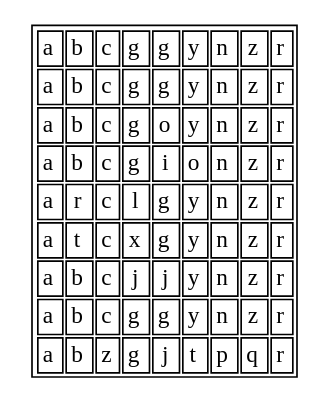
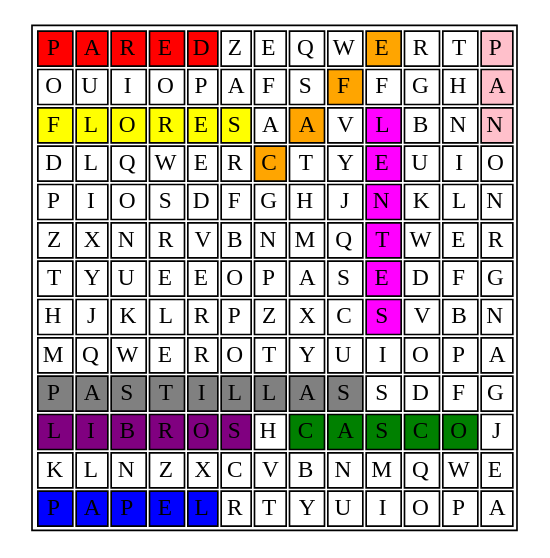
One commit to JColindres/EDD-DIC2018 changed the diagram in [EDD]Practica1_201602713/sopa.dot. Above: the diagram before and after it, drawn with Graphviz. The commit also changed 14 other files, not shown here.

```diff
--- a/[EDD]Practica1_201602713/sopa.dot
+++ b/[EDD]Practica1_201602713/sopa.dot
@@ -1,20 +1,28 @@
 digraph G { table [ shape = plaintext label=<<table>
 <tr>
-<td>a</td><td>b</td><td>c</td><td>g</td><td>g</td><td>y</td><td>n</td><td>z</td><td>r</td></tr>
+<td bgcolor="red">P</td><td bgcolor="red">A</td><td bgcolor="red">R</td><td bgcolor="red">E</td><td bgcolor="red">D</td><td>Z</td><td>E</td><td>Q</td><td>W</td><td bgcolor="orange">E</td><td>R</td><td>T</td><td bgcolor="pink">P</td></tr>
 <tr>
-<td>a</td><td>b</td><td>c</td><td>g</td><td>g</td><td>y</td><td>n</td><td>z</td><td>r</td></tr>
+<td>O</td><td>U</td><td>I</td><td>O</td><td>P</td><td>A</td><td>F</td><td>S</td><td bgcolor="orange">F</td><td>F</td><td>G</td><td>H</td><td bgcolor="pink">A</td></tr>
 <tr>
-<td>a</td><td>b</td><td>c</td><td>g</td><td>o</td><td>y</td><td>n</td><td>z</td><td>r</td></tr>
+<td bgcolor="yellow">F</td><td bgcolor="yellow">L</td><td bgcolor="yellow">O</td><td bgcolor="yellow">R</td><td bgcolor="yellow">E</td><td bgcolor="yellow">S</td><td>A</td><td bgcolor="orange">A</td><td>V</td><td bgcolor="magenta">L</td><td>B</td><td>N</td><td bgcolor="pink">N</td></tr>
 <tr>
-<td>a</td><td>b</td><td>c</td><td>g</td><td>i</td><td>o</td><td>n</td><td>z</td><td>r</td></tr>
+<td>D</td><td>L</td><td>Q</td><td>W</td><td>E</td><td>R</td><td bgcolor="orange">C</td><td>T</td><td>Y</td><td bgcolor="magenta">E</td><td>U</td><td>I</td><td>O</td></tr>
 <tr>
-<td>a</td><td>r</td><td>c</td><td>l</td><td>g</td><td>y</td><td>n</td><td>z</td><td>r</td></tr>
+<td>P</td><td>I</td><td>O</td><td>S</td><td>D</td><td>F</td><td>G</td><td>H</td><td>J</td><td bgcolor="magenta">N</td><td>K</td><td>L</td><td>N</td></tr>
 <tr>
-<td>a</td><td>t</td><td>c</td><td>x</td><td>g</td><td>y</td><td>n</td><td>z</td><td>r</td></tr>
+<td>Z</td><td>X</td><td>N</td><td>R</td><td>V</td><td>B</td><td>N</td><td>M</td><td>Q</td><td bgcolor="magenta">T</td><td>W</td><td>E</td><td>R</td></tr>
 <tr>
-<td>a</td><td>b</td><td>c</td><td>j</td><td>j</td><td>y</td><td>n</td><td>z</td><td>r</td></tr>
+<td>T</td><td>Y</td><td>U</td><td>E</td><td>E</td><td>O</td><td>P</td><td>A</td><td>S</td><td bgcolor="magenta">E</td><td>D</td><td>F</td><td>G</td></tr>
 <tr>
-<td>a</td><td>b</td><td>c</td><td>g</td><td>g</td><td>y</td><td>n</td><td>z</td><td>r</td></tr>
+<td>H</td><td>J</td><td>K</td><td>L</td><td>R</td><td>P</td><td>Z</td><td>X</td><td>C</td><td bgcolor="magenta">S</td><td>V</td><td>B</td><td>N</td></tr>
 <tr>
-<td>a</td><td>b</td><td>z</td><td>g</td><td>j</td><td>t</td><td>p</td><td>q</td><td>r</td></tr>
+<td>M</td><td>Q</td><td>W</td><td>E</td><td>R</td><td>O</td><td>T</td><td>Y</td><td>U</td><td>I</td><td>O</td><td>P</td><td>A</td></tr>
+<tr>
+<td bgcolor="gray">P</td><td bgcolor="gray">A</td><td bgcolor="gray">S</td><td bgcolor="gray">T</td><td bgcolor="gray">I</td><td bgcolor="gray">L</td><td bgcolor="gray">L</td><td bgcolor="gray">A</td><td bgcolor="gray">S</td><td>S</td><td>D</td><td>F</td><td>G</td></tr>
+<tr>
+<td bgcolor="purple">L</td><td bgcolor="purple">I</td><td bgcolor="purple">B</td><td bgcolor="purple">R</td><td bgcolor="purple">O</td><td bgcolor="purple">S</td><td>H</td><td bgcolor="green">C</td><td bgcolor="green">A</td><td bgcolor="green">S</td><td bgcolor="green">C</td><td bgcolor="green">O</td><td>J</td></tr>
+<tr>
+<td>K</td><td>L</td><td>N</td><td>Z</td><td>X</td><td>C</td><td>V</td><td>B</td><td>N</td><td>M</td><td>Q</td><td>W</td><td>E</td></tr>
+<tr>
+<td bgcolor="blue">P</td><td bgcolor="blue">A</td><td bgcolor="blue">P</td><td bgcolor="blue">E</td><td bgcolor="blue">L</td><td>R</td><td>T</td><td>Y</td><td>U</td><td>I</td><td>O</td><td>P</td><td>A</td></tr>
 </table>>];}
```
